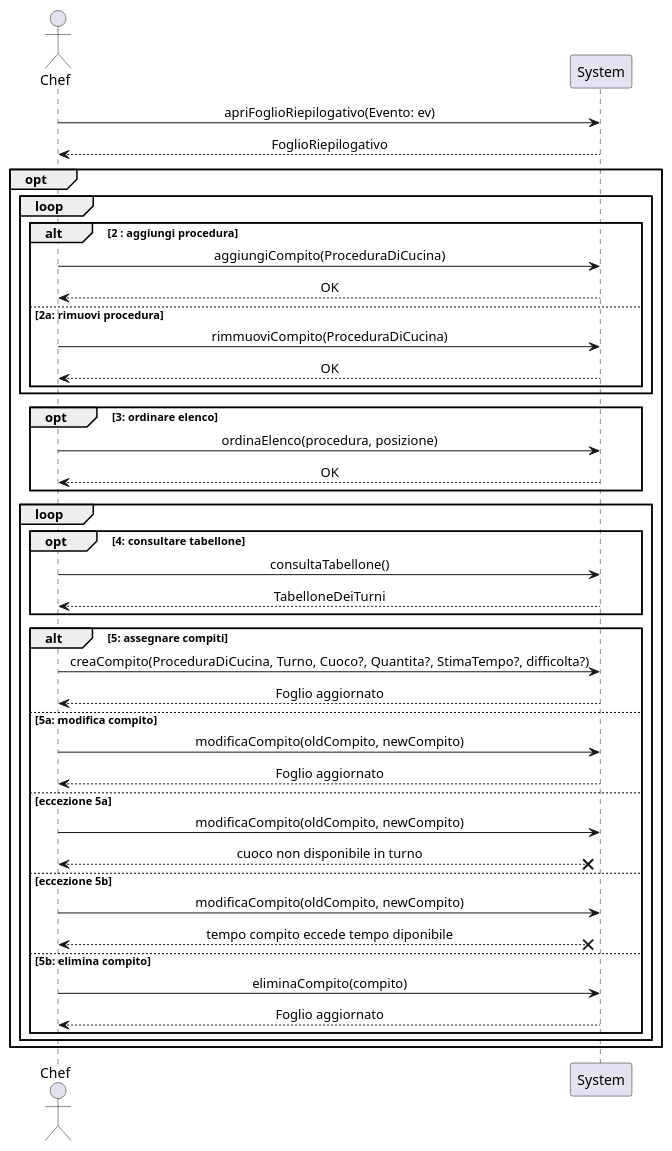
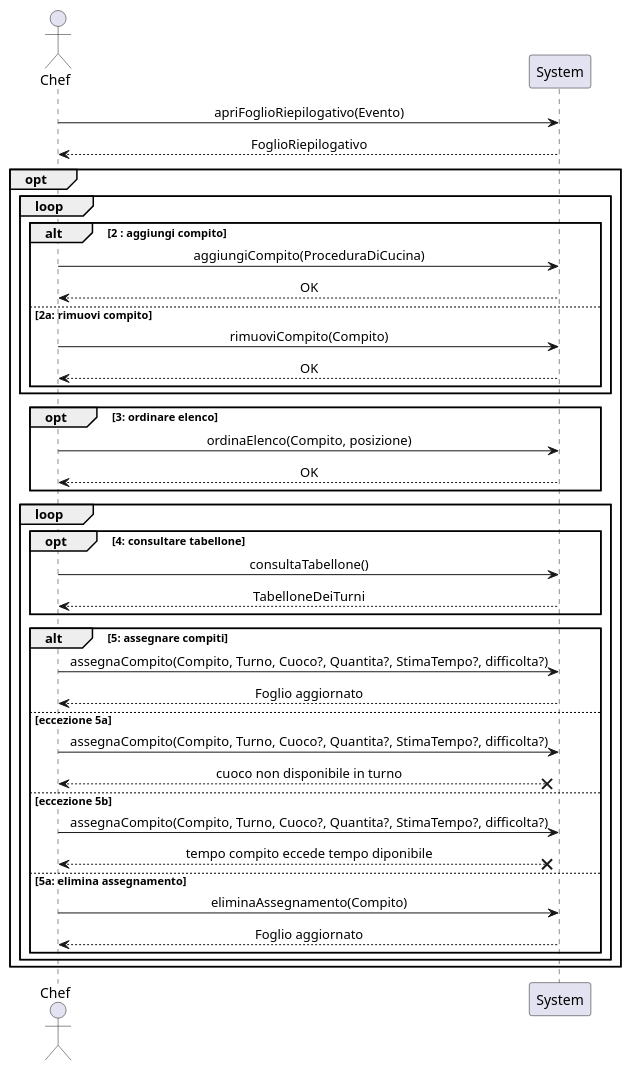
One commit to elm-suf/FXcatering changed the diagram in docs/SSD/Assign Tasks.puml. Above: the diagram before and after it, drawn with PlantUML. The commit also changed 2 other files, not shown here.

```diff
--- a/docs/SSD/Assign Tasks.puml
+++ b/docs/SSD/Assign Tasks.puml
@@ -1,50 +1,47 @@
 @startuml
 skinparam defaultTextAlignment center
 skinparam SequenceMessageAlign center
 
 Actor Chef as ch
 participant System as sy
-ch -> sy : apriFoglioRiepilogativo(Evento: ev)
+ch -> sy : apriFoglioRiepilogativo(Evento)
 ch <-- sy : FoglioRiepilogativo
 
 opt
     loop
-        alt 2 : aggiungi procedura
+        alt 2 : aggiungi compito
             ch -> sy : aggiungiCompito(ProceduraDiCucina)
             ch <-- sy : OK
-        else 2a: rimuovi procedura
-            ch -> sy : rimmuoviCompito(ProceduraDiCucina)
+        else 2a: rimuovi compito
+            ch -> sy : rimuoviCompito(Compito)
             ch <-- sy : OK
         end
     end
 
     opt 3: ordinare elenco
-        ch -> sy : ordinaElenco(procedura, posizione)
+        ch -> sy : ordinaElenco(Compito, posizione)
         ch <-- sy : OK
     end
     loop
         opt 4: consultare tabellone
             ch -> sy : consultaTabellone()
             ch <-- sy : TabelloneDeiTurni
         end
         alt 5: assegnare compiti
-            ch -> sy : creaCompito(ProceduraDiCucina, Turno, Cuoco?, Quantita?, StimaTempo?, difficolta?)
-            ch <-- sy : Foglio aggiornato
-            else 5a: modifica compito
-            ch -> sy : modificaCompito(oldCompito, newCompito)
+            ch -> sy : assegnaCompito(Compito, Turno, Cuoco?, Quantita?, StimaTempo?, difficolta?)
             ch <-- sy : Foglio aggiornato
             else eccezione 5a
-            ch -> sy : modificaCompito(oldCompito, newCompito)
+            ch -> sy : assegnaCompito(Compito, Turno, Cuoco?, Quantita?, StimaTempo?, difficolta?)
             ch <--X sy : cuoco non disponibile in turno
             else eccezione 5b
-            ch -> sy : modificaCompito(oldCompito, newCompito)
+            ch -> sy : assegnaCompito(Compito, Turno, Cuoco?, Quantita?, StimaTempo?, difficolta?)
             ch <--X sy : tempo compito eccede tempo diponibile
-            else 5b: elimina compito
-            ch -> sy : eliminaCompito(compito)
+            else 5a: elimina assegnamento
+            ch -> sy : eliminaAssegnamento(Compito)
             ch <-- sy : Foglio aggiornato
         end
 
     end
 
 end
 @enduml
```
